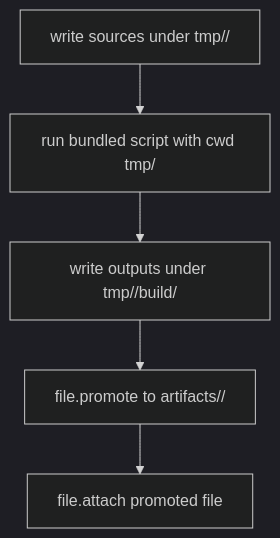
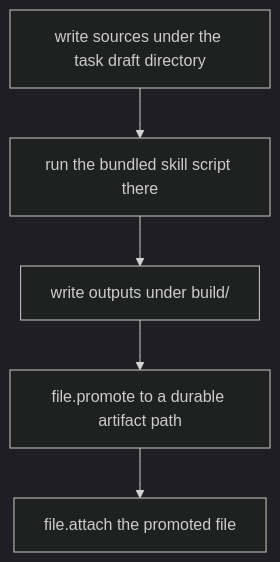
The second of 2 diagrams in docs/architecture.md (Dawn-kim-official/blueclaw), drawn with Mermaid (dark theme) before and after one commit. The commit also changed other lines of this file and 2 other files, not shown here.

First line of the commit message:
docs: Correct the architecture document against the current runtime

````diff
--- a/docs/architecture.md
+++ b/docs/architecture.md
@@ -186,7 +217,7 @@
 ```mermaid
 flowchart TD
-  Draft["write sources under tmp/<slug>/"] --> Build["run bundled script with cwd tmp/<slug>"]
-  Build --> Output["write outputs under tmp/<slug>/build/"]
-  Output --> Promote["file.promote to artifacts/<slug>/"]
-  Promote --> Attach["file.attach promoted file"]
+  Draft["write sources under the task draft directory"] --> Build["run the bundled skill script there"]
+  Build --> Output["write outputs under build/"]
+  Output --> Promote["file.promote to a durable artifact path"]
+  Promote --> Attach["file.attach the promoted file"]
 ```
````
